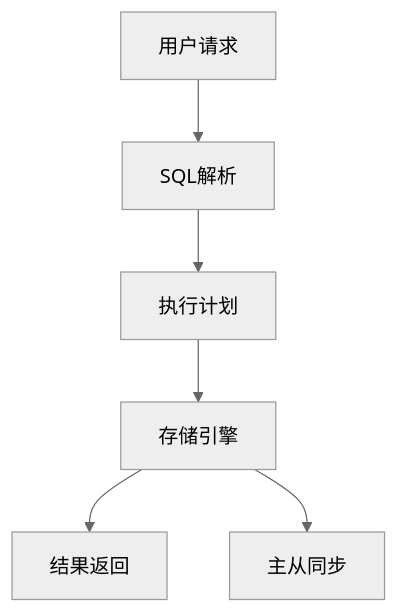
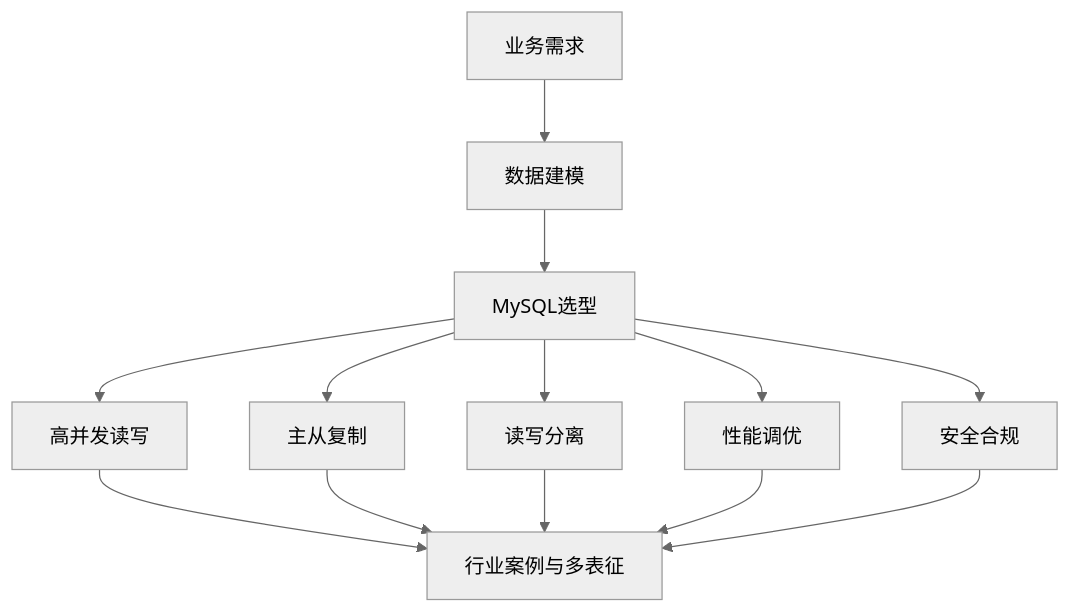
One commit to AdaMartin18010/Data-Science changed the diagram in Analysis/1-数据库系统/1.2-MySQL/README.md. Above: the diagram before and after it, drawn with Mermaid (neutral theme). The commit also changed other lines of this file and 20 other files, not shown here.

````diff
--- a/Analysis/1-数据库系统/1.2-MySQL/README.md
+++ b/Analysis/1-数据库系统/1.2-MySQL/README.md
@@ -25,8 +27,11 @@
 ```mermaid
 flowchart TD
-  U[用户请求] --> Q[SQL解析]
-  Q --> E[执行计划]
-  E --> S[存储引擎]
-  S --> R[结果返回]
-  S --> M[主从同步]
+  A[业务需求] --> B[数据建模]
+  B --> C[MySQL选型]
+  C --> D1[高并发读写]
+  C --> D2[主从复制]
+  C --> D3[读写分离]
+  C --> D4[性能调优]
+  C --> D5[安全合规]
+  D1 & D2 & D3 & D4 & D5 --> E[行业案例与多表征]
 ```
````
